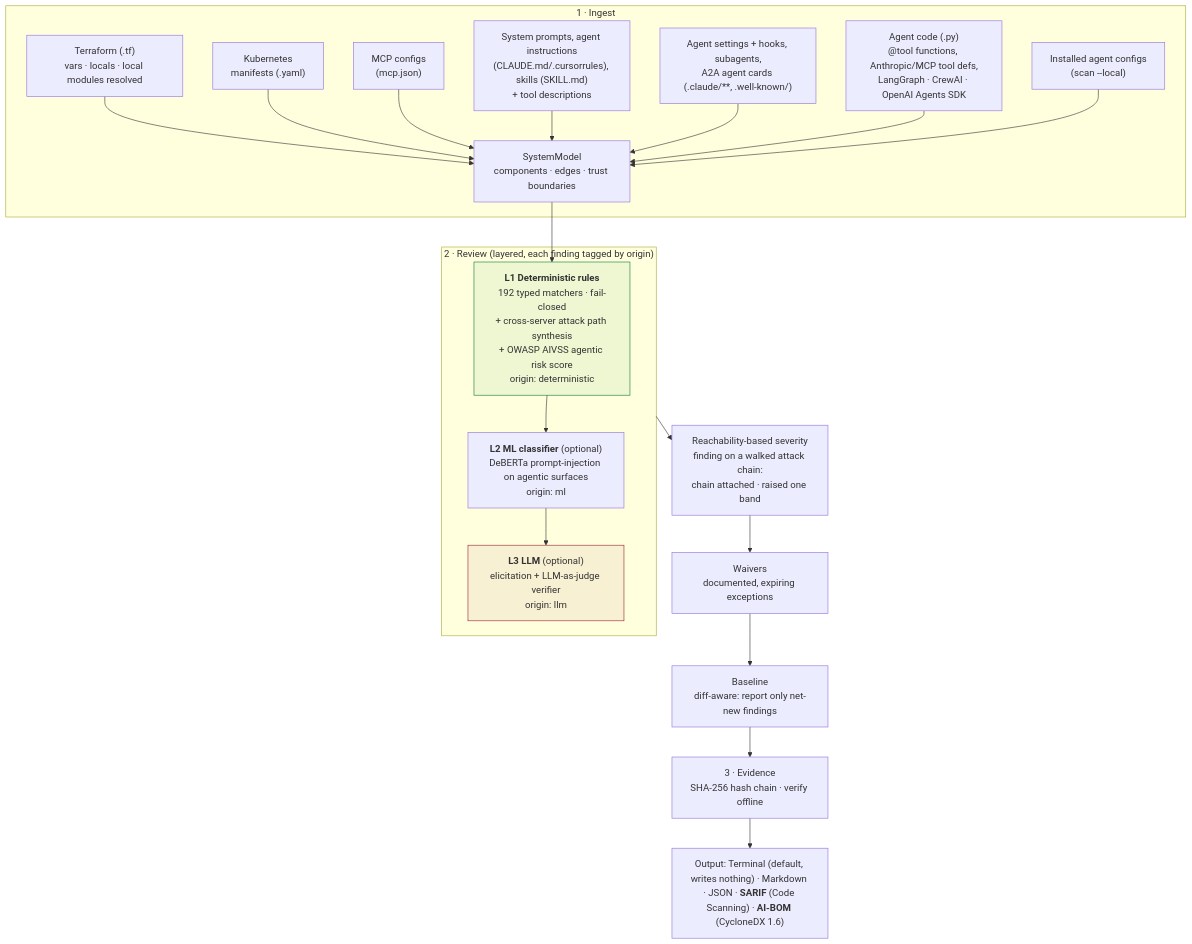
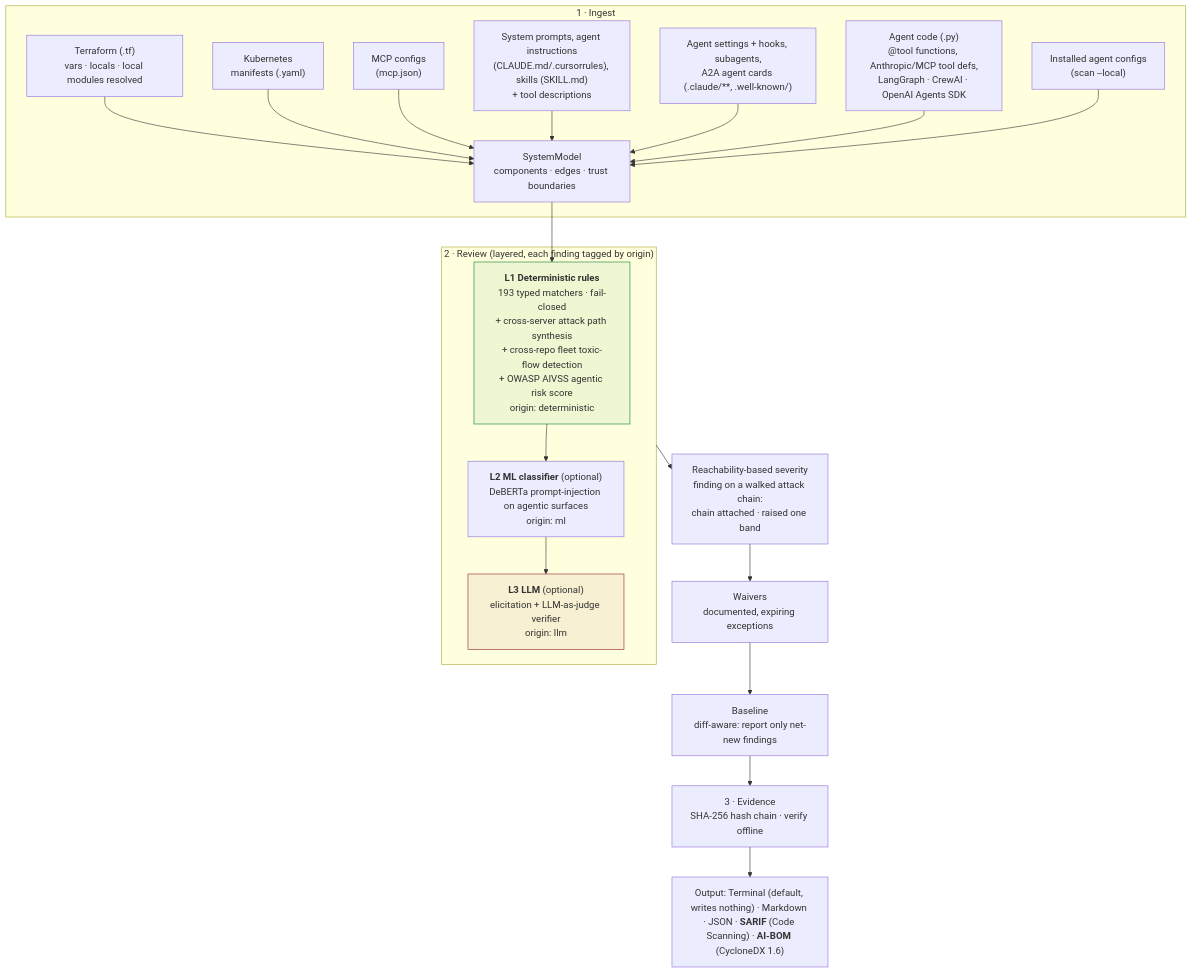
One commit to zeyadalsakhii/attestral changed the first of 4 diagrams in README.md. Above: the diagram before and after it, drawn with Mermaid. The commit also changed other lines of this file and 14 other files, not shown here.

First line of the commit message:
M12: cross-repo fleet modeling (attestral fleet) — the flagship

````diff
--- a/README.md
+++ b/README.md
@@ -106,27 +106,27 @@
 ```mermaid
 flowchart TB
     subgraph ING["1 · Ingest"]
         TF["Terraform (.tf)<br/>vars · locals · local modules resolved"] --> M
         K8S["Kubernetes<br/>manifests (.yaml)"] --> M
         MCP["MCP configs<br/>(mcp.json)"] --> M
         SP["System prompts, agent instructions<br/>(CLAUDE.md/.cursorrules), skills (SKILL.md)<br/>+ tool descriptions"] --> M
         AC["Agent settings + hooks, subagents,<br/>A2A agent cards (.claude/**, .well-known/)"] --> M
         CODE["Agent code (.py)<br/>@tool functions, Anthropic/MCP tool defs,<br/>LangGraph · CrewAI · OpenAI Agents SDK"] --> M
         LC["Installed agent configs<br/>(scan --local)"] --> M
         M["SystemModel<br/>components · edges · trust boundaries"]
     end
     M --> L1
     subgraph REV["2 · Review (layered, each finding tagged by origin)"]
-        L1["<b>L1 Deterministic rules</b><br/>192 typed matchers · fail-closed<br/>+ cross-server attack path synthesis<br/>+ OWASP AIVSS agentic risk score<br/>origin: deterministic"]
+        L1["<b>L1 Deterministic rules</b><br/>193 typed matchers · fail-closed<br/>+ cross-server attack path synthesis<br/>+ cross-repo fleet toxic-flow detection<br/>+ OWASP AIVSS agentic risk score<br/>origin: deterministic"]
         L2["<b>L2 ML classifier</b> (optional)<br/>DeBERTa prompt-injection on agentic surfaces<br/>origin: ml"]
         L3["<b>L3 LLM</b> (optional)<br/>elicitation + LLM-as-judge verifier<br/>origin: llm"]
         L1 --> L2 --> L3
     end
     REV --> RS["Reachability-based severity<br/>finding on a walked attack chain:<br/>chain attached · raised one band"]
     RS --> W["Waivers<br/>documented, expiring exceptions"]
     W --> BL["Baseline<br/>diff-aware: report only net-new findings"]
     BL --> EV["3 · Evidence<br/>SHA-256 hash chain · verify offline"]
     EV --> OUT["Output: Terminal (default, writes nothing) · Markdown · JSON · <b>SARIF</b> (Code Scanning) · <b>AI-BOM</b> (CycloneDX 1.6)"]
     style L1 fill:#0a7d3611,stroke:#0a7d36
     style L3 fill:#96222E11,stroke:#96222E
 ```
````
